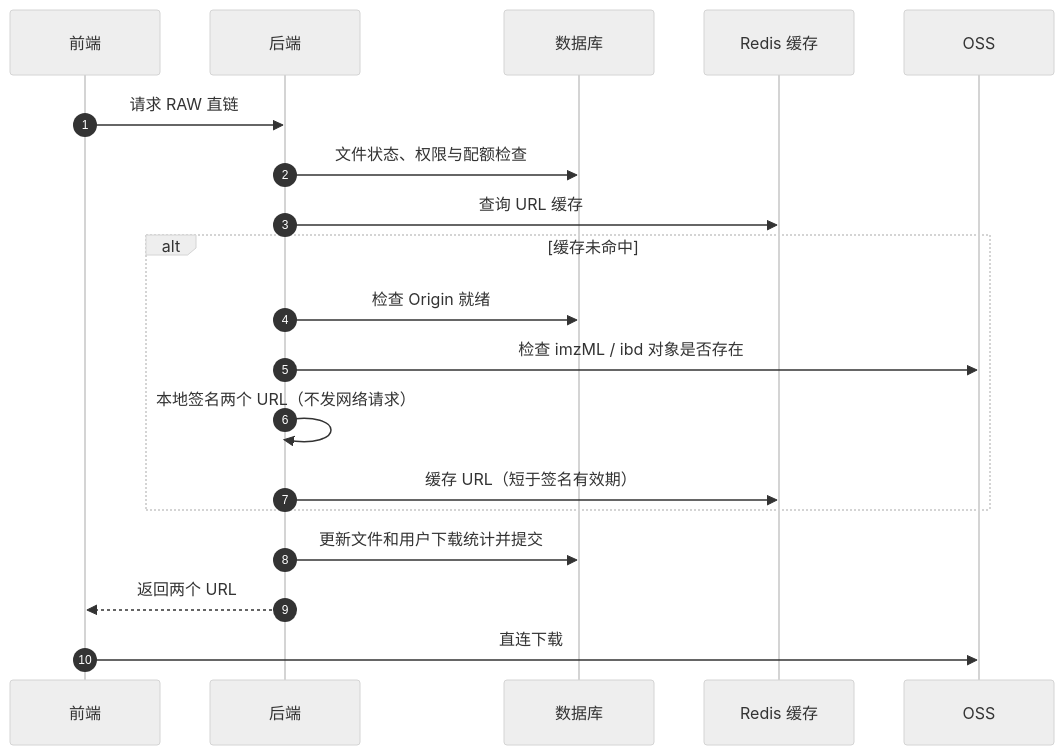
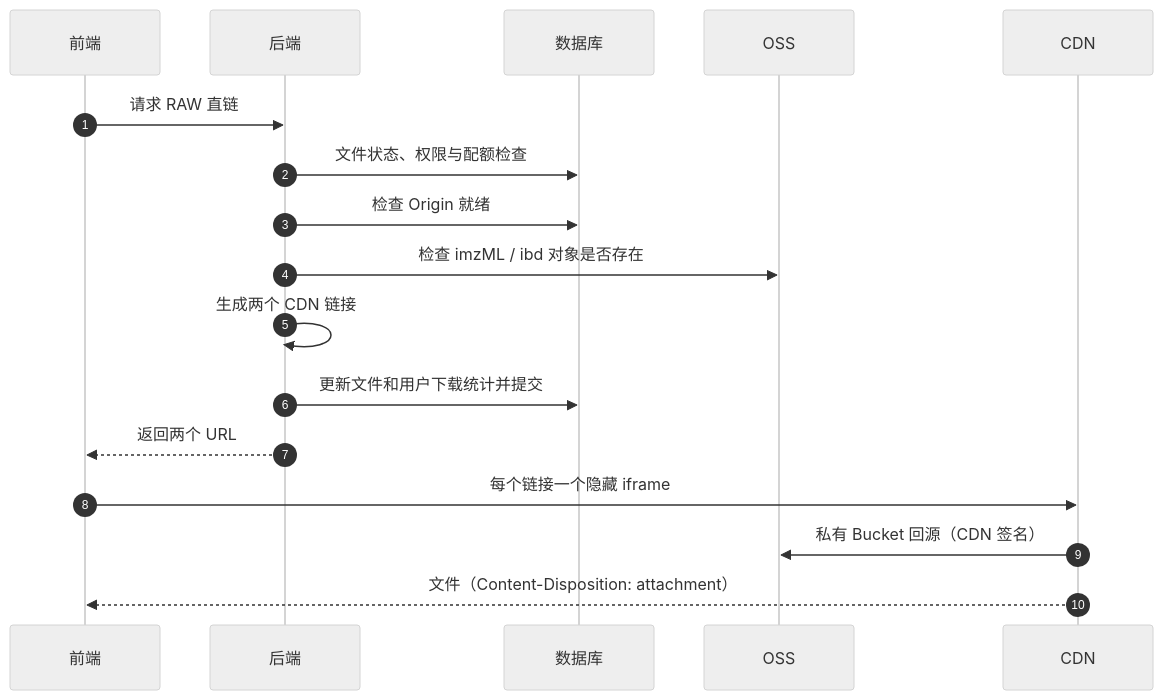
One commit to NeoNexusX/Kawaru changed the first of 2 diagrams in docs/zh/核心业务API架构-文件下载.md. Above: the diagram before and after it, drawn with Mermaid (neutral theme). The commit also changed other lines of this file and 23 other files, not shown here.

````diff
--- a/docs/zh/核心业务API架构-文件下载.md
+++ b/docs/zh/核心业务API架构-文件下载.md
@@ -30,22 +28,20 @@
 ```mermaid
 sequenceDiagram
     autonumber
     participant FE as 前端
     participant API as 后端
     participant DB as 数据库
-    participant Redis as Redis 缓存
     participant OSS as OSS
+    participant CDN as CDN
 
     FE->>API: 请求 RAW 直链
     API->>DB: 文件状态、权限与配额检查
-    API->>Redis: 查询 URL 缓存
-    alt 缓存未命中
-        API->>DB: 检查 Origin 就绪
-        API->>OSS: 检查 imzML / ibd 对象是否存在
-        API->>API: 本地签名两个 URL（不发网络请求）
-        API->>Redis: 缓存 URL（短于签名有效期）
-    end
+    API->>DB: 检查 Origin 就绪
+    API->>OSS: 检查 imzML / ibd 对象是否存在
+    API->>API: 生成两个 CDN 链接
     API->>DB: 更新文件和用户下载统计并提交
     API-->>FE: 返回两个 URL
-    FE->>OSS: 直连下载
+    FE->>CDN: 每个链接一个隐藏 iframe
+    CDN->>OSS: 私有 Bucket 回源（CDN 签名）
+    CDN-->>FE: 文件（Content-Disposition: attachment）
 ```
````
